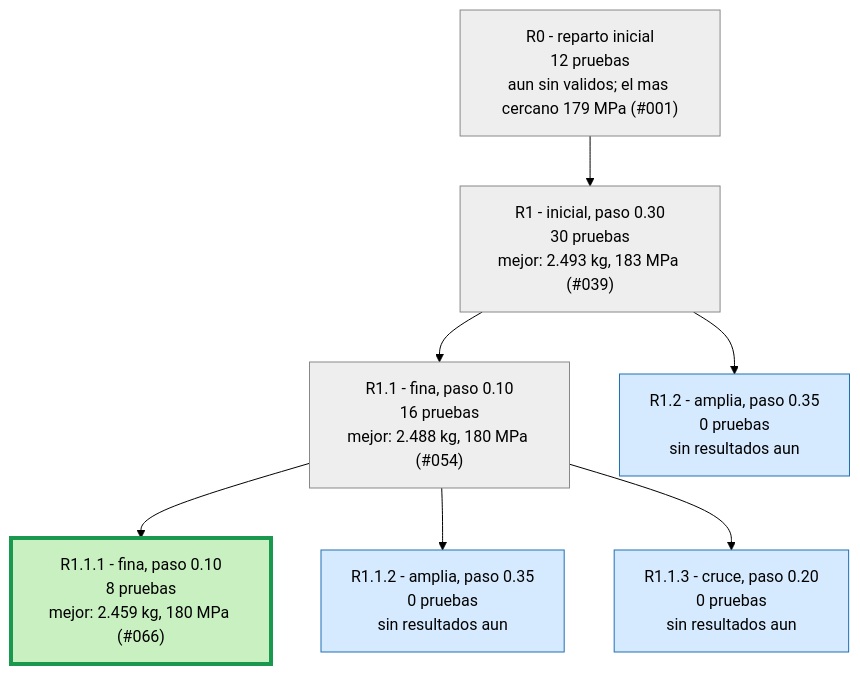
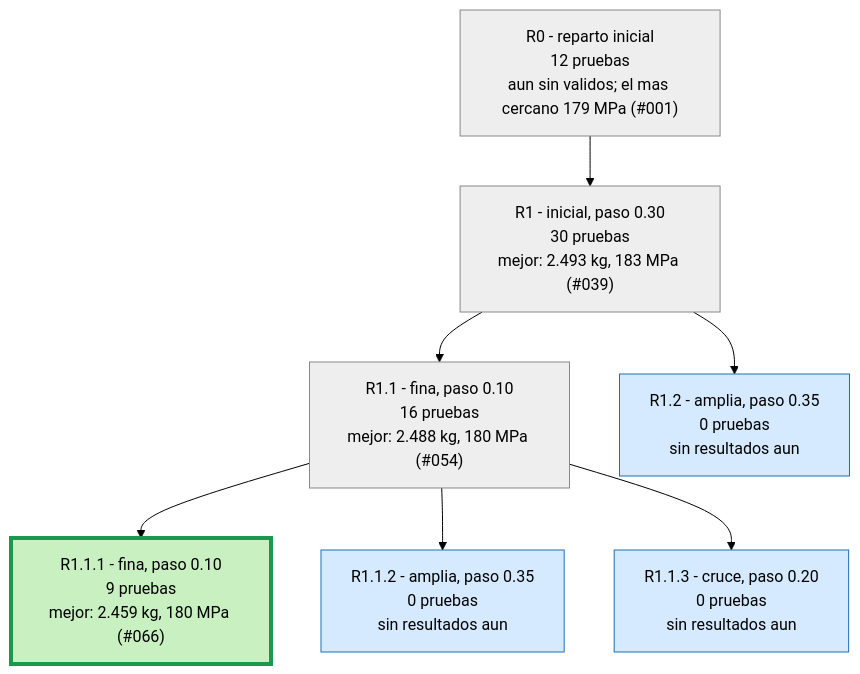
One commit to Hugiko/msd-soporte-optimizacion changed the second of 3 diagrams in runs/opt_37800N/ARBOL.md. Above: the diagram before and after it, drawn with Mermaid (forest theme). The commit also changed 48 other files, not shown here.

````diff
--- a/runs/opt_37800N/ARBOL.md
+++ b/runs/opt_37800N/ARBOL.md
@@ -25,19 +25,19 @@
 ```mermaid
 graph TD
 classDef activa fill:#d6eaff,stroke:#1f6fb5,color:#000
 classDef fin fill:#eeeeee,stroke:#888,color:#000
 classDef mejor fill:#c8f0c0,stroke:#1a9850,stroke-width:4px,color:#000
 R0["R0 - reparto inicial<br/>12 pruebas<br/>aun sin validos; el mas cercano 179 MPa (#001)"]:::fin
 R1["R1 - inicial, paso 0.30<br/>30 pruebas<br/>mejor: 2.493 kg, 183 MPa (#039)"]:::fin
 R0 --> R1
 R1_1["R1.1 - fina, paso 0.10<br/>16 pruebas<br/>mejor: 2.488 kg, 180 MPa (#054)"]:::fin
 R1 --> R1_1
 R1_2["R1.2 - amplia, paso 0.35<br/>0 pruebas<br/>sin resultados aun"]:::activa
 R1 --> R1_2
-R1_1_1["R1.1.1 - fina, paso 0.10<br/>8 pruebas<br/>mejor: 2.459 kg, 180 MPa (#066)"]:::mejor
+R1_1_1["R1.1.1 - fina, paso 0.10<br/>9 pruebas<br/>mejor: 2.459 kg, 180 MPa (#066)"]:::mejor
 R1_1 --> R1_1_1
 R1_1_2["R1.1.2 - amplia, paso 0.35<br/>0 pruebas<br/>sin resultados aun"]:::activa
 R1_1 --> R1_1_2
 R1_1_3["R1.1.3 - cruce, paso 0.20<br/>0 pruebas<br/>sin resultados aun"]:::activa
 R1_1 --> R1_1_3
 ```
````
